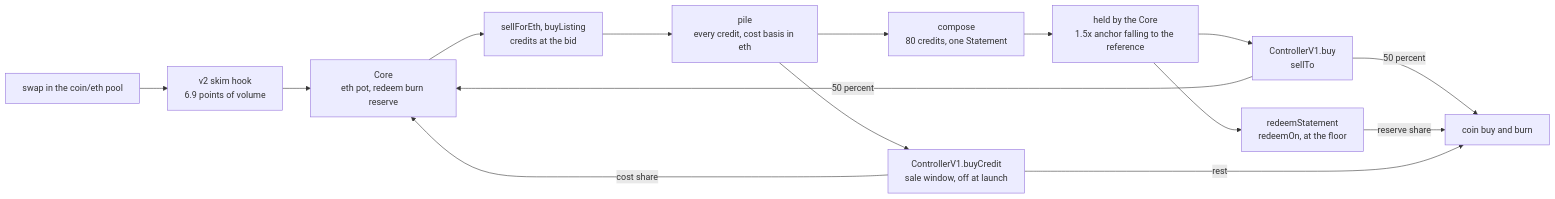
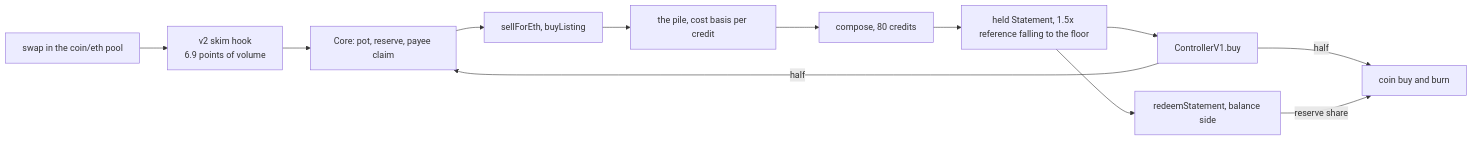
The diagram in README.md (moose-code/cc), drawn with Mermaid before and after one commit. The commit also changed other lines of this file and 14 other files, not shown here.

````diff
--- a/README.md
+++ b/README.md
@@ -17,24 +5,14 @@
 ```mermaid
 graph LR
-    swap["swap in the coin/eth pool"]
-    hook["v2 skim hook<br/>6.9 points of volume"]
-    core["Core<br/>eth pot, redeem burn reserve"]
-    buy["sellForEth, buyListing<br/>credits at the bid"]
-    compose["compose<br/>80 credits, one Statement"]
-    pile["pile<br/>every credit, cost basis in eth"]
-    held["held by the Core<br/>1.5x anchor falling to the reference"]
-    credsale["ControllerV1.buyCredit<br/>sale window, off at launch"]
-    sold["ControllerV1.buy<br/>sellTo"]
-    burn["coin buy and burn"]
-    redeem["redeemStatement<br/>redeemOn, at the floor"]
-
-    swap --> hook --> core --> buy --> pile --> compose --> held
-    pile --> credsale
-    held --> sold
-    held --> redeem
-    sold -->|50 percent| burn
-    sold -->|50 percent| core
+    swap["swap in the coin/eth pool"] --> hook["v2 skim hook<br/>6.9 points of volume"]
+    hook --> core["Core: pot, reserve, payee claim"]
+    core --> buy["sellForEth, buyListing"]
+    buy --> pile["the pile, cost basis per credit"]
+    pile --> compose["compose, 80 credits"]
+    compose --> held["held Statement, 1.5x reference falling to the floor"]
+    held --> sold["ControllerV1.buy"]
+    held --> redeem["redeemStatement, balance side"]
+    sold -->|half| burn["coin buy and burn"]
+    sold -->|half| core
     redeem -->|reserve share| burn
-    credsale -->|cost share| core
-    credsale -->|rest| burn
 ```
````
